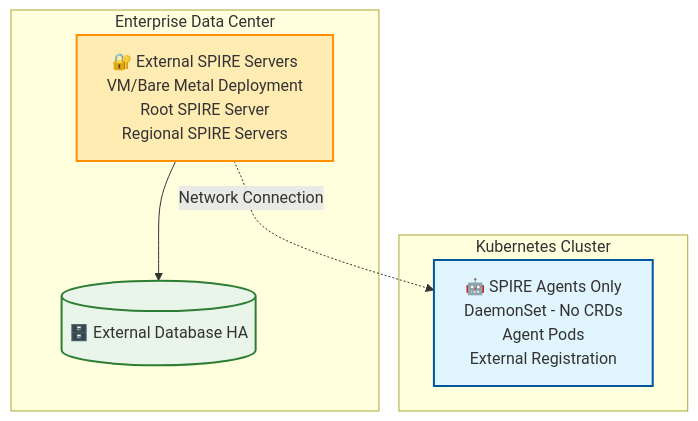
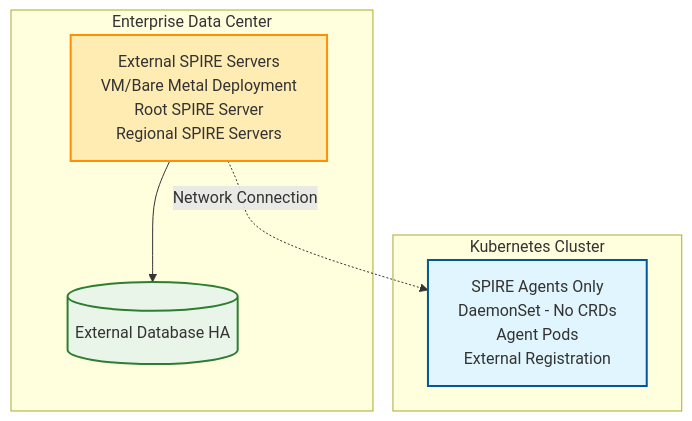
One commit to jfiser247/spire-dev changed the diagram in docs/enterprise_crd_requirements.md. Above: the diagram before and after it, drawn with Mermaid. The commit also changed 5 other files, not shown here.

First line of the commit message:
Fix Mermaid v10.4.0 compatibility issues across all documentation

````diff
--- a/docs/enterprise_crd_requirements.md
+++ b/docs/enterprise_crd_requirements.md
@@ -221,19 +221,19 @@
 ```mermaid
 graph TD
     subgraph "Enterprise Data Center"
-        ES[🔐 External SPIRE Servers<br/>VM/Bare Metal Deployment<br/>Root SPIRE Server<br/>Regional SPIRE Servers]
-        EDB[(🗄️ External Database HA)]
+        ES[External SPIRE Servers<br/>VM/Bare Metal Deployment<br/>Root SPIRE Server<br/>Regional SPIRE Servers]
+        EDB[(External Database HA)]
         
         ES --> EDB
     end
     
     subgraph "Kubernetes Cluster"
-        KA[🤖 SPIRE Agents Only<br/>DaemonSet - No CRDs<br/>Agent Pods<br/>External Registration]
+        KA[SPIRE Agents Only<br/>DaemonSet - No CRDs<br/>Agent Pods<br/>External Registration]
     end
     
     ES -.->|Network Connection| KA
     
     style ES fill:#ffecb3,stroke:#ff8f00,stroke-width:2px,stroke-dasharray:0
     style EDB fill:#e8f5e8,stroke:#2e7d32,stroke-width:2px,stroke-dasharray:0
     style KA fill:#e1f5fe,stroke:#01579b,stroke-width:2px,stroke-dasharray:0
 ```
````
